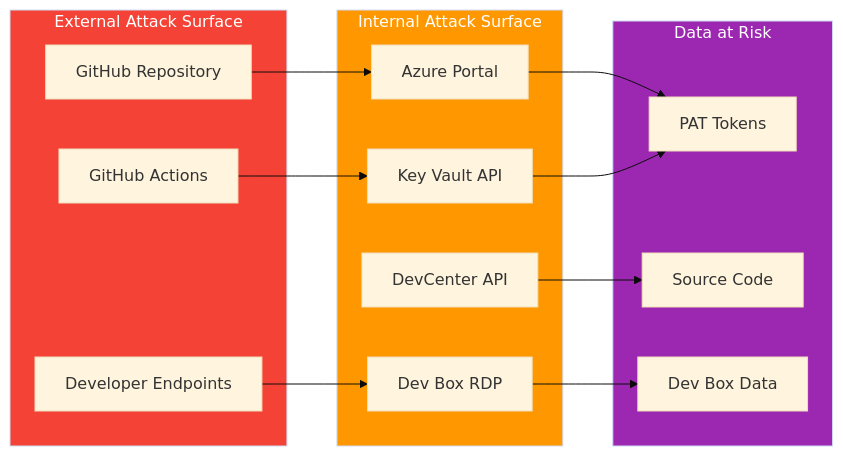
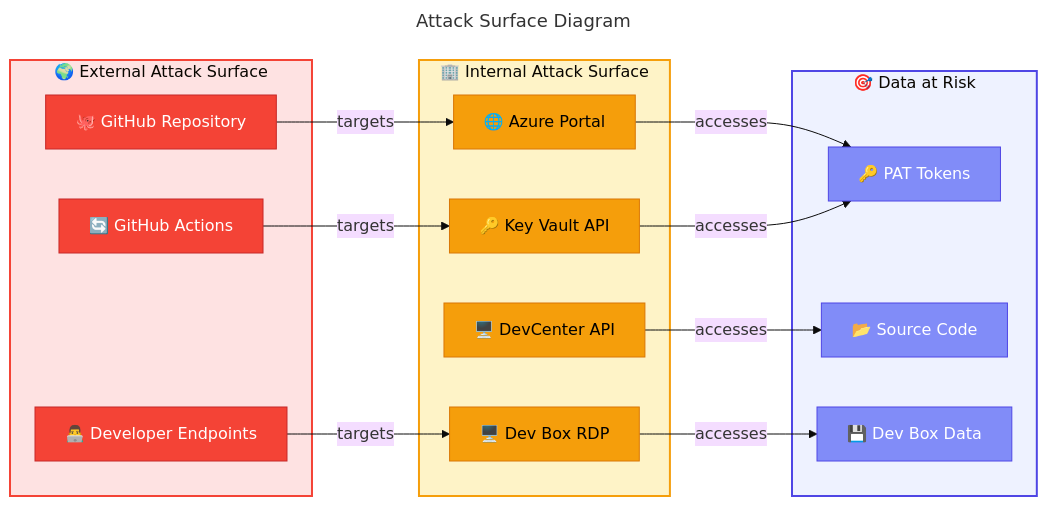
One commit to Evilazaro/DevExp-DevBox changed the third of 10 diagrams in docs/architecture/05-security-architecture.md. Above: the diagram before and after it, drawn with Mermaid (base theme). The commit also changed other lines of this file, not shown here.

Commit message:
Enhance security architecture documentation by adding emojis, improving diagram styles, and refining connections for better clarity and navigation.

````diff
--- a/docs/architecture/05-security-architecture.md
+++ b/docs/architecture/05-security-architecture.md
@@ -186,34 +224,50 @@
 ```mermaid
+---
+title: Attack Surface Diagram
+---
 flowchart LR
-    subgraph External["External Attack Surface"]
-        A1["GitHub Repository"]
-        A2["GitHub Actions"]
-        A3["Developer Endpoints"]
+    %% ===== EXTERNAL ATTACK SURFACE =====
+    subgraph External["🌍 External Attack Surface"]
+        A1["🐙 GitHub Repository"]
+        A2["🔄 GitHub Actions"]
+        A3["👨‍💻 Developer Endpoints"]
     end
     
-    subgraph Internal["Internal Attack Surface"]
-        B1["Azure Portal"]
-        B2["Key Vault API"]
-        B3["DevCenter API"]
-        B4["Dev Box RDP"]
+    %% ===== INTERNAL ATTACK SURFACE =====
+    subgraph Internal["🏢 Internal Attack Surface"]
+        B1["🌐 Azure Portal"]
+        B2["🔑 Key Vault API"]
+        B3["🖥️ DevCenter API"]
+        B4["🖥️ Dev Box RDP"]
     end
     
-    subgraph Data["Data at Risk"]
-        C1["PAT Tokens"]
-        C2["Source Code"]
-        C3["Dev Box Data"]
+    %% ===== DATA AT RISK =====
+    subgraph Data["🎯 Data at Risk"]
+        C1["🔑 PAT Tokens"]
+        C2["📂 Source Code"]
+        C3["💾 Dev Box Data"]
     end
     
-    A1 --> B1
-    A2 --> B2
-    A3 --> B4
+    %% ===== CONNECTIONS =====
+    A1 -->|targets| B1
+    A2 -->|targets| B2
+    A3 -->|targets| B4
     
-    B1 --> C1
-    B2 --> C1
-    B3 --> C2
-    B4 --> C3
+    B1 -->|accesses| C1
+    B2 -->|accesses| C1
+    B3 -->|accesses| C2
+    B4 -->|accesses| C3
     
-    style External fill:#F44336,color:#fff
-    style Internal fill:#FF9800,color:#fff
-    style Data fill:#9C27B0,color:#fff
+    %% ===== STYLES =====
+    classDef failed fill:#F44336,stroke:#C62828,color:#FFFFFF
+    classDef datastore fill:#F59E0B,stroke:#D97706,color:#000000
+    classDef trigger fill:#818CF8,stroke:#4F46E5,color:#FFFFFF
+    
+    class A1,A2,A3 failed
+    class B1,B2,B3,B4 datastore
+    class C1,C2,C3 trigger
+    
+    style External fill:#FEE2E2,stroke:#F44336,stroke-width:2px
+    style Internal fill:#FEF3C7,stroke:#F59E0B,stroke-width:2px
+    style Data fill:#EEF2FF,stroke:#4F46E5,stroke-width:2px
 ```
````
